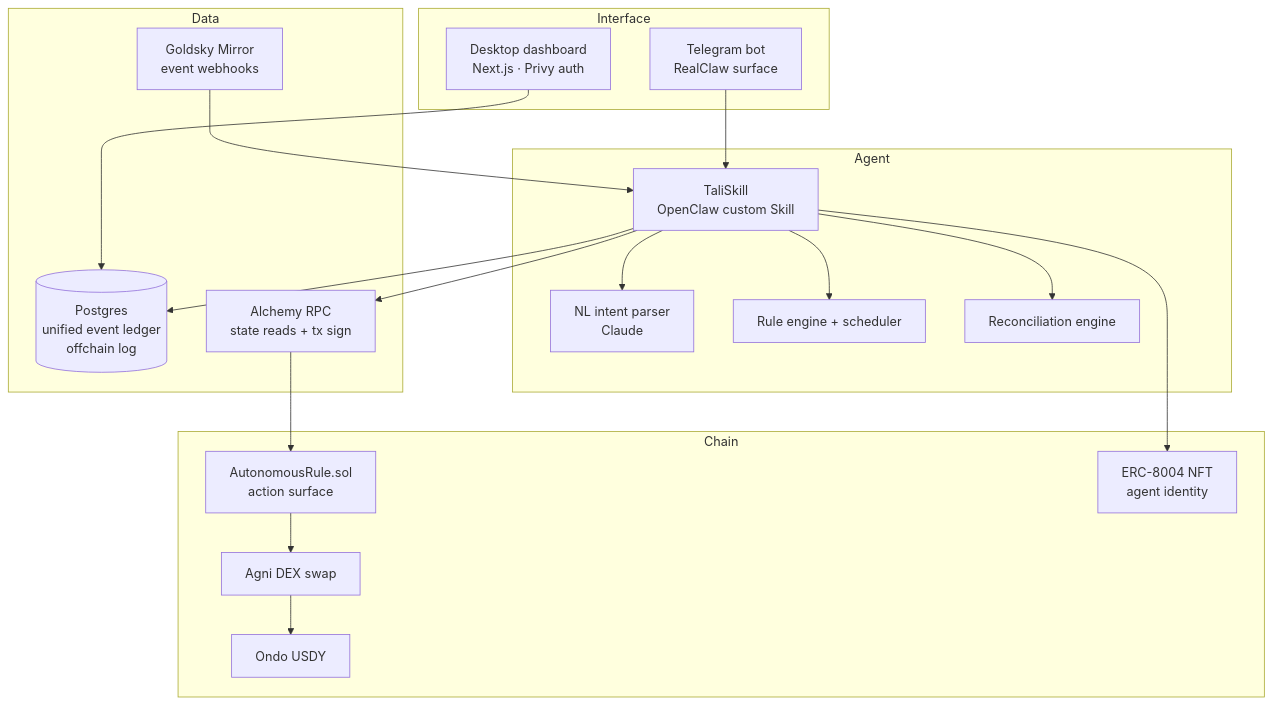
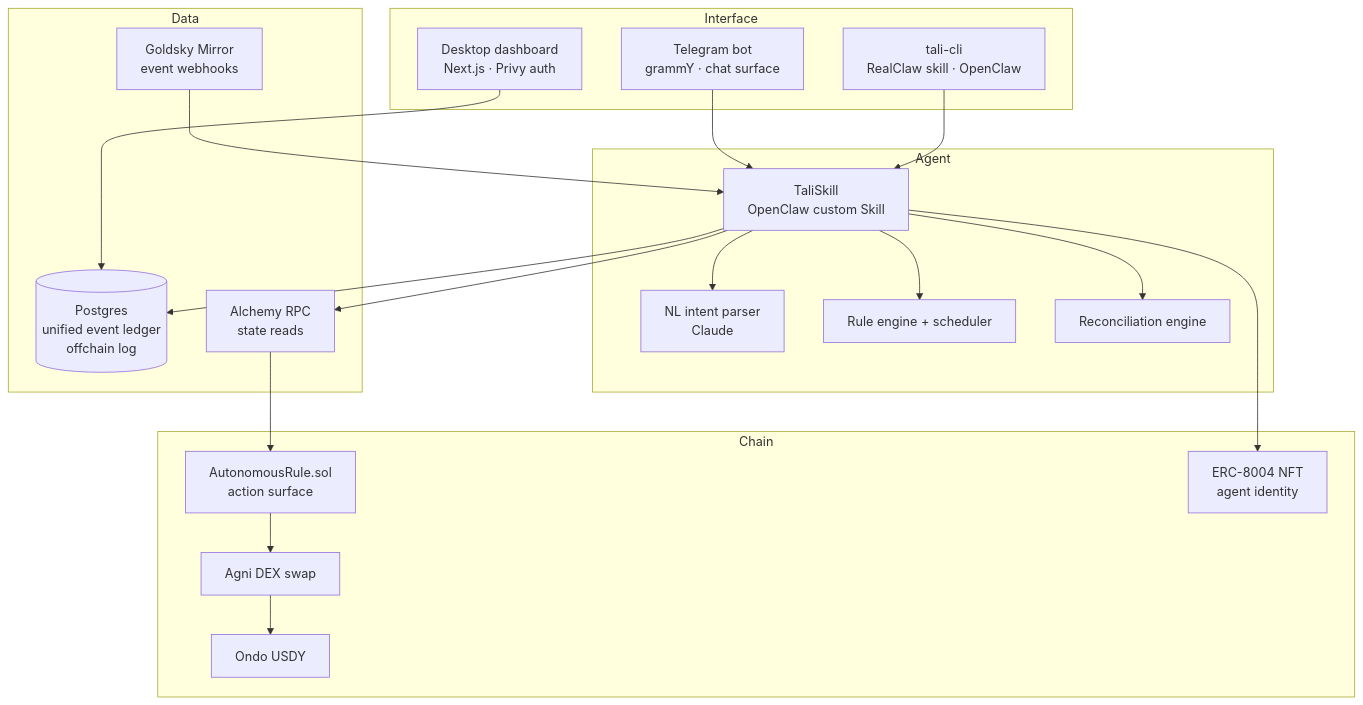
One commit to aliyanamu/tali changed the first of 3 diagrams in docs/architecture.md. Above: the diagram before and after it, drawn with Mermaid. The commit also changed other lines of this file and 37 other files, not shown here.

First line of the commit message:
chore(branch): init realclaw-integration — remove OpenClaw skill surface

````diff
--- a/docs/architecture.md
+++ b/docs/architecture.md
@@ -7,40 +7,42 @@
 ```mermaid
 graph TD
     subgraph Interface
-        TG[Telegram bot<br/>RealClaw surface]
+        TG[Telegram bot<br/>grammY · chat surface]
+        CLI[tali-cli<br/>RealClaw skill · OpenClaw]
         WEB[Desktop dashboard<br/>Next.js · Privy auth]
     end
 
     subgraph Agent
         SKILL[TaliSkill<br/>OpenClaw custom Skill]
         NL[NL intent parser<br/>Claude]
         RULES[Rule engine + scheduler]
         RECON[Reconciliation engine]
     end
 
     subgraph Data
         PG[(Postgres<br/>unified event ledger<br/>offchain log)]
         GS[Goldsky Mirror<br/>event webhooks]
-        ALC[Alchemy RPC<br/>state reads + tx sign]
+        ALC[Alchemy RPC<br/>state reads]
     end
 
     subgraph Chain
         AR[AutonomousRule.sol<br/>action surface]
         NFT[ERC-8004 NFT<br/>agent identity]
         USDY[Ondo USDY]
         AGNI[Agni DEX swap]
     end
 
     TG --> SKILL
+    CLI --> SKILL
     WEB --> PG
     SKILL --> NL
     SKILL --> RULES
     SKILL --> RECON
     SKILL --> PG
     GS --> SKILL
     SKILL --> ALC
     ALC --> AR
     AR --> AGNI
     AGNI --> USDY
     SKILL --> NFT
 ```
````
